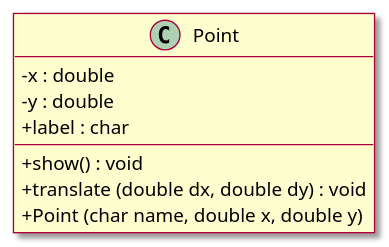
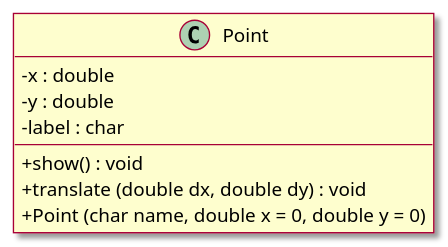
Before and after one commit to HE-Arc/1242.2-Langage_CPP: the second of 3 diagrams in content/docs/cours/02_Des_classes_et_des_objets.md, drawn with PlantUML. The commit also changed other lines of this file and 1 other file, not shown here.

```diff
--- a/content/docs/cours/02_Des_classes_et_des_objets.md
+++ b/content/docs/cours/02_Des_classes_et_des_objets.md
@@ -546,17 +543,17 @@
-{{< plantuml id="chap2_exo3">}}
+{{<plantuml id="chap2_exo3">}}
 @startuml
 skin rose
 skinparam classAttributeIconSize 0
 
 class Point
 {
   - x : double
   - y : double
-  + label : char
+  - label : char
   + show() : void
   + translate (double dx, double dy) : void
-  + Point (char name, double x, double y)
+  + Point (char name, double x = 0, double y = 0)
 }
 
 @enduml
-{{< /plantuml >}}
+{{</plantuml>}}
```
